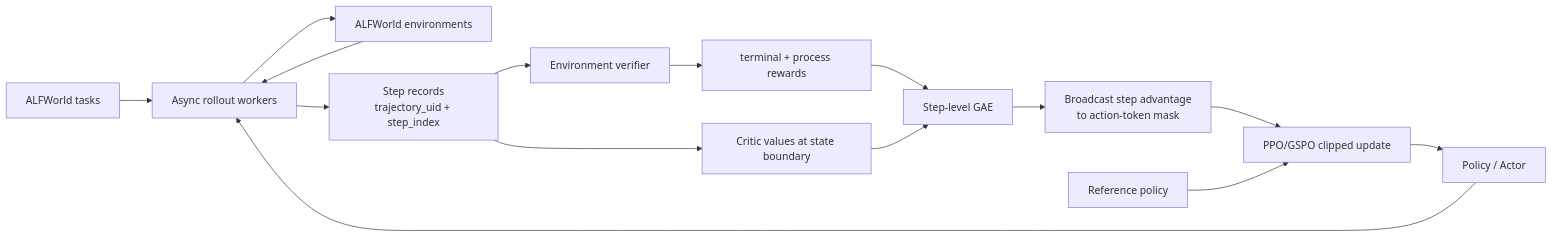
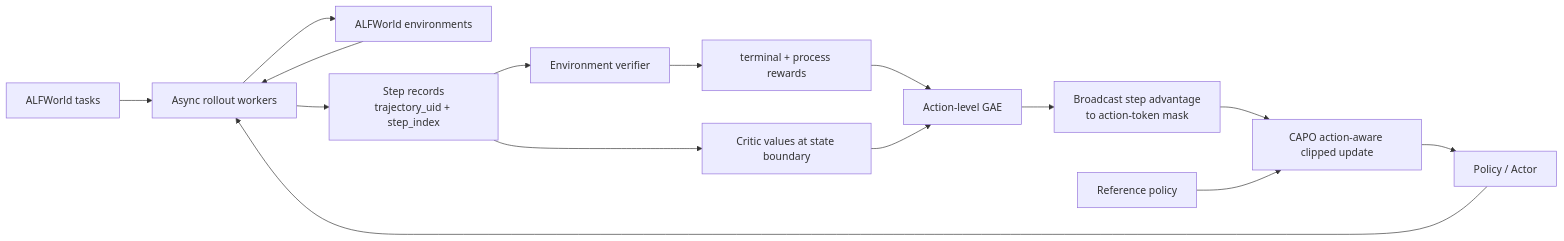
One commit to 2125-jht/Pre4LLM changed the diagram in Agentic_RL_StepPO_项目手册.md. Above: the diagram before and after it, drawn with Mermaid. The commit also changed other lines of this file and 24 other files, not shown here.

````diff
--- a/Agentic_RL_StepPO_项目手册.md
+++ b/Agentic_RL_StepPO_项目手册.md
@@ -505,17 +518,17 @@
 ```mermaid
 flowchart LR
     D["ALFWorld tasks"] --> R["Async rollout workers"]
     P["Policy / Actor"] --> R
     R --> E["ALFWorld environments"]
     E --> R
     R --> T["Step records<br/>trajectory_uid + step_index"]
     T --> V["Environment verifier"]
     V --> RW["terminal + process rewards"]
     T --> C["Critic values at state boundary"]
-    RW --> G["Step-level GAE"]
+    RW --> G["Action-level GAE"]
     C --> G
     G --> B["Broadcast step advantage<br/>to action-token mask"]
-    B --> O["PPO/GSPO clipped update"]
+    B --> O["CAPO action-aware clipped update"]
     O --> P
     REF["Reference policy"] --> O
 ```
````
